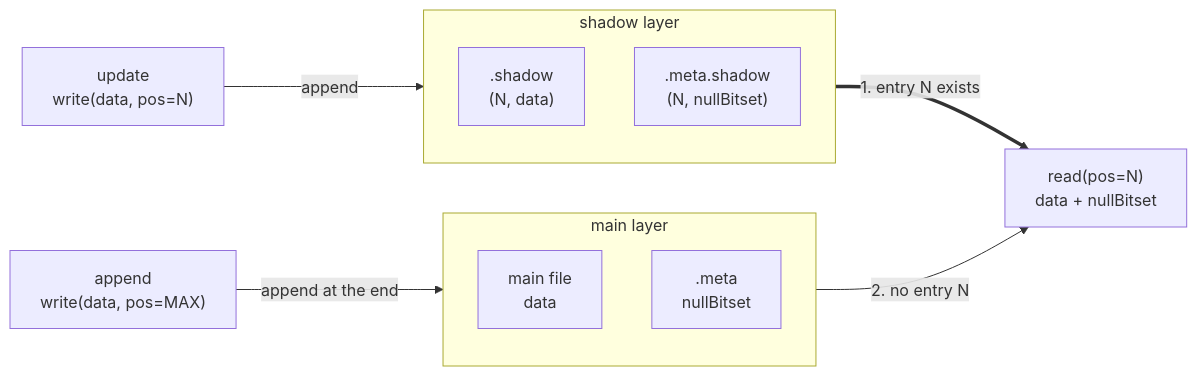
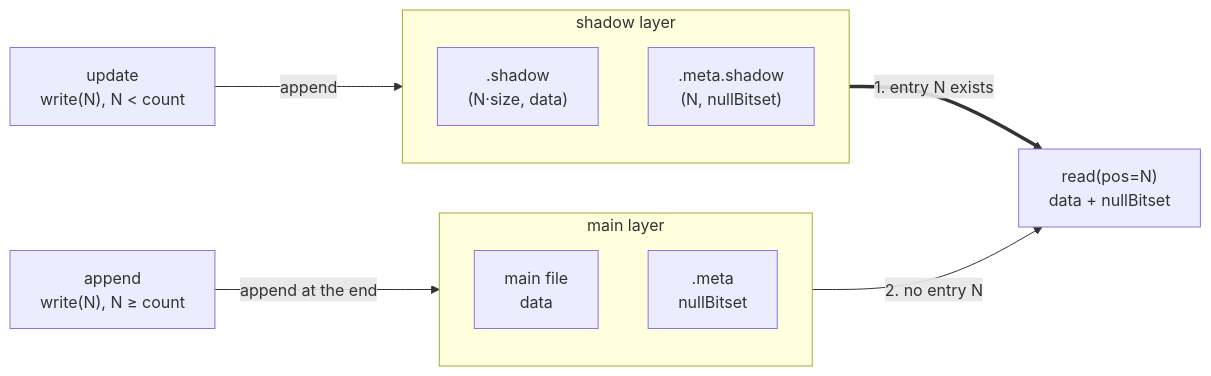
One commit to michalwidera/documentation-rdb changed the ninth of 9 diagrams in data-processing-system-architecture/data-storage-format/files.md. Above: the diagram before and after it, drawn with Mermaid. The commit also changed other lines of this file and 2 other files, not shown here.

Commit message:
Fix - file accessor group

````diff
--- a/data-processing-system-architecture/data-storage-format/files.md
+++ b/data-processing-system-architecture/data-storage-format/files.md
@@ -699,21 +699,21 @@
 ```mermaid
 %% pdf-width: 100%
 graph LR
-    UP["update<br/>write(data, pos=N)"] -->|append| SHD
-    AP["append<br/>write(data, pos=MAX)"] -->|append at the end| MAIN
+    UP["update<br/>write(N), N < count"] -->|append| SHD
+    AP["append<br/>write(N), N ≥ count"] -->|append at the end| MAIN
 
     subgraph SHD["shadow layer"]
         direction TB
-        S[".shadow<br/>(N, data)"]
+        S[".shadow<br/>(N·size, data)"]
         MS[".meta.shadow<br/>(N, nullBitset)"]
     end
 
     subgraph MAIN["main layer"]
         direction TB
         D["main file<br/>data"]
         M[".meta<br/>nullBitset"]
     end
 
     SHD ==>|"1. entry N exists"| RD["read(pos=N)<br/>data + nullBitset"]
     MAIN -->|"2. no entry N"| RD
 ```
````
